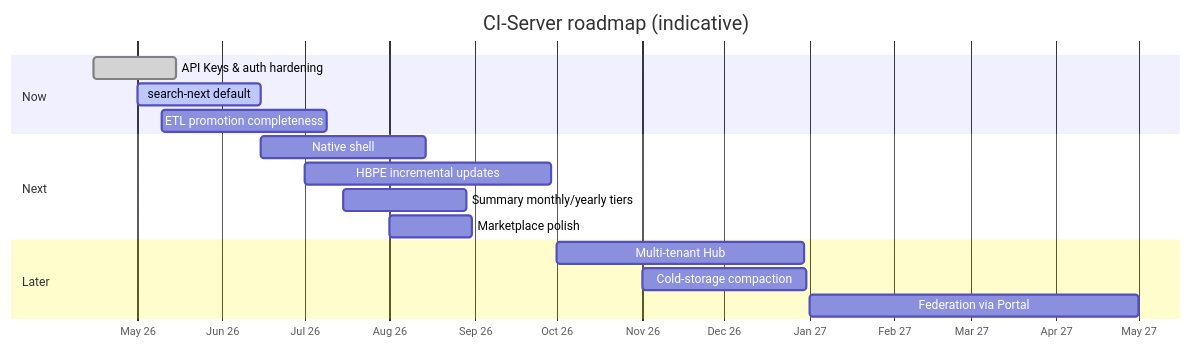
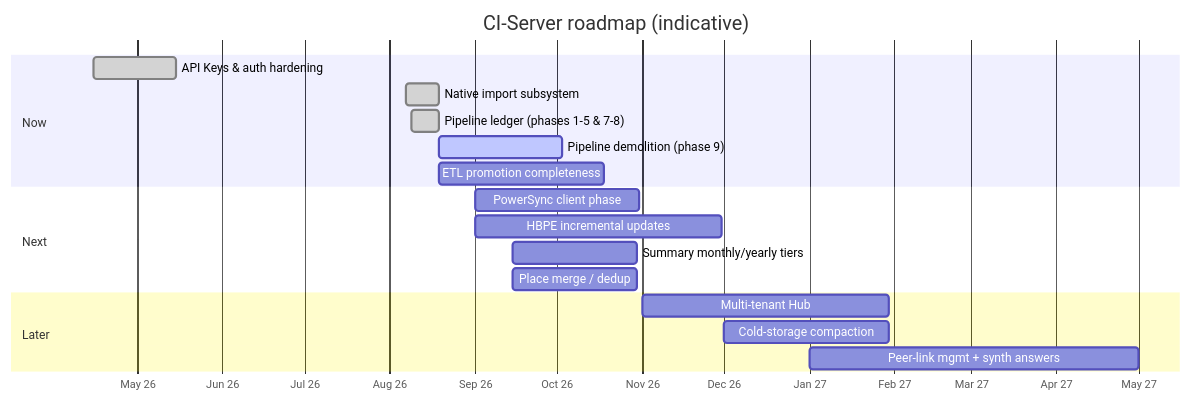
Before and after one commit to bennettchamberlain/Requiemv1: the sixth of 6 diagrams in docs/architecture/architecture.md, drawn with Mermaid. The commit also changed other lines of this file and 81 other files, not shown here.

````diff
--- a/docs/architecture/architecture.md
+++ b/docs/architecture/architecture.md
@@ -392,19 +507,21 @@
 ```mermaid
 gantt
     title CI-Server roadmap (indicative)
     dateFormat  YYYY-MM-DD
     axisFormat  %b %y
     section Now
     API Keys & auth hardening      :done,    a1, 2026-04-15, 30d
-    search-next default            :active,  a2, 2026-05-01, 45d
-    ETL promotion completeness     :         a3, 2026-05-10, 60d
+    Native import subsystem        :done,    a2, 2026-08-07, 12d
+    Pipeline ledger (phases 1-5 & 7-8) :done, a3, 2026-08-09, 10d
+    Pipeline demolition (phase 9)  :active,  a4, 2026-08-19, 45d
+    ETL promotion completeness     :         a5, 2026-08-19, 60d
     section Next
-    Native shell                   :         b1, 2026-06-15, 60d
-    HBPE incremental updates       :         b2, 2026-07-01, 90d
-    Summary monthly/yearly tiers   :         b3, 2026-07-15, 45d
-    Marketplace polish             :         b4, 2026-08-01, 30d
+    PowerSync client phase         :         b1, 2026-09-01, 60d
+    HBPE incremental updates       :         b2, 2026-09-01, 90d
+    Summary monthly/yearly tiers   :         b3, 2026-09-15, 45d
+    Place merge / dedup            :         b4, 2026-09-15, 45d
     section Later
-    Multi-tenant Hub               :         c1, 2026-10-01, 90d
-    Cold-storage compaction        :         c2, 2026-11-01, 60d
-    Federation via Portal          :         c3, 2027-01-01, 120d
+    Multi-tenant Hub               :         c1, 2026-11-01, 90d
+    Cold-storage compaction        :         c2, 2026-12-01, 60d
+    Peer-link mgmt + synth answers :         c3, 2027-01-01, 120d
 ```
````
